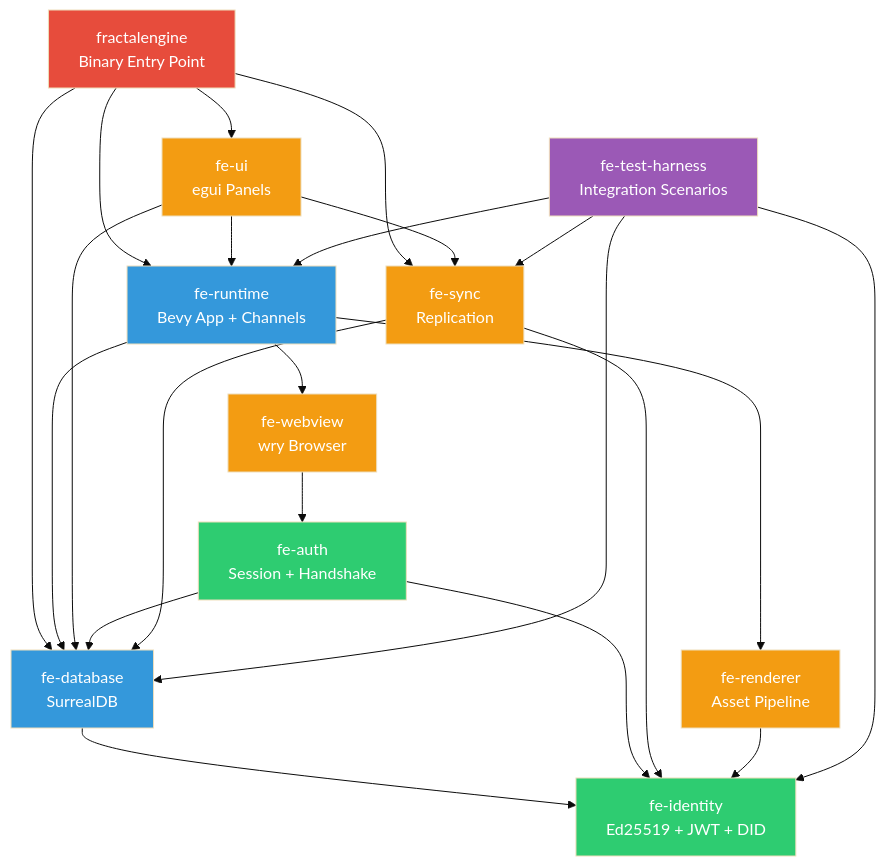
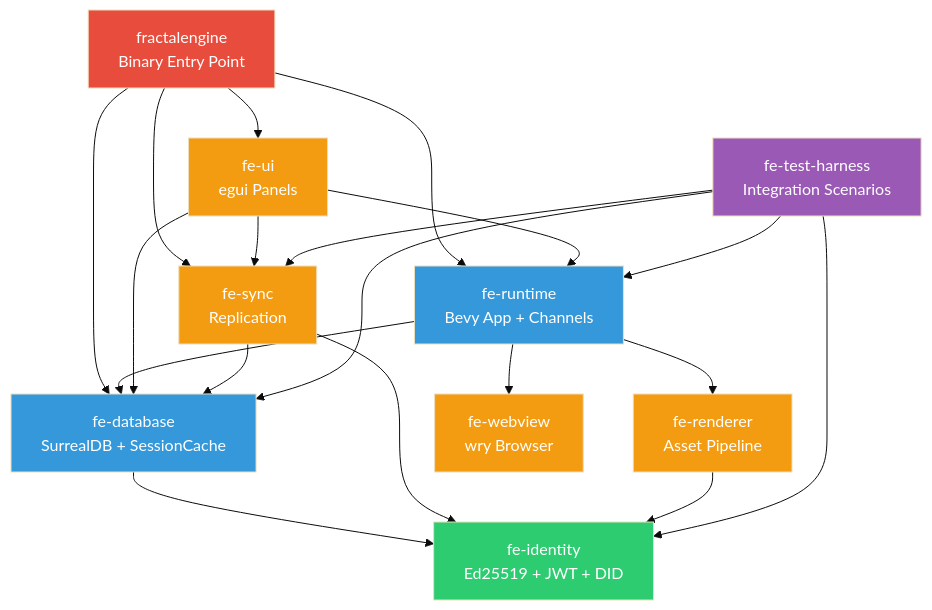
Before and after one commit to Escherbridge/fractalengine: the first of 2 diagrams in docs/diagrams/10-crate-dependencies.md, drawn with Mermaid (base theme). The commit also changed 18 other files, not shown here.

````diff
--- a/docs/diagrams/10-crate-dependencies.md
+++ b/docs/diagrams/10-crate-dependencies.md
@@ -5,44 +5,41 @@
 ```mermaid
 graph TD
     FE[fractalengine<br/>Binary Entry Point]
 
     FE --> Runtime[fe-runtime<br/>Bevy App + Channels]
-    FE --> Database[fe-database<br/>SurrealDB]
+    FE --> Database[fe-database<br/>SurrealDB + SessionCache]
     FE --> Sync[fe-sync<br/>Replication]
     FE --> UIPlugin[fe-ui<br/>egui Panels]
 
     Runtime --> Database
     Runtime --> Renderer[fe-renderer<br/>Asset Pipeline]
     Runtime --> WebView[fe-webview<br/>wry Browser]
 
     UIPlugin --> Runtime
     UIPlugin --> Database
     UIPlugin --> Sync
 
     Database --> Identity[fe-identity<br/>Ed25519 + JWT + DID]
-    Auth[fe-auth<br/>Session + Handshake] --> Identity
-    Auth --> Database
 
     Sync --> Database
     Sync --> Identity
 
     Renderer --> Identity
-    WebView --> Auth
 
     TestHarness[fe-test-harness<br/>Integration Scenarios] --> Database
     TestHarness --> Runtime
     TestHarness --> Identity
     TestHarness --> Sync
 
     classDef binary fill:#e74c3c,color:#fff
     classDef core fill:#3498db,color:#fff
     classDef infra fill:#2ecc71,color:#fff
     classDef feature fill:#f39c12,color:#fff
     classDef test fill:#9b59b6,color:#fff
 
     class FE binary
     class Runtime,Database core
-    class Identity,Auth infra
+    class Identity infra
     class Renderer,WebView,UIPlugin,Sync feature
     class TestHarness test
 ```
````
